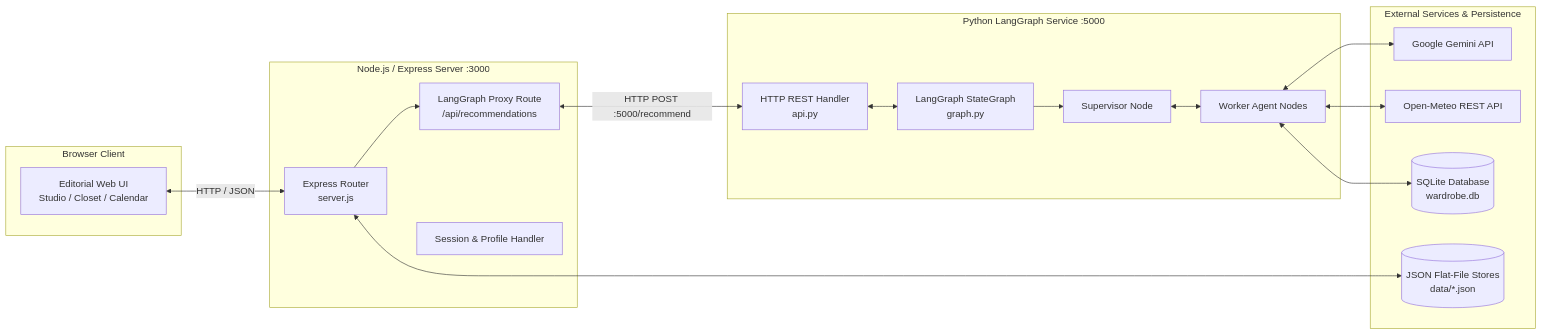
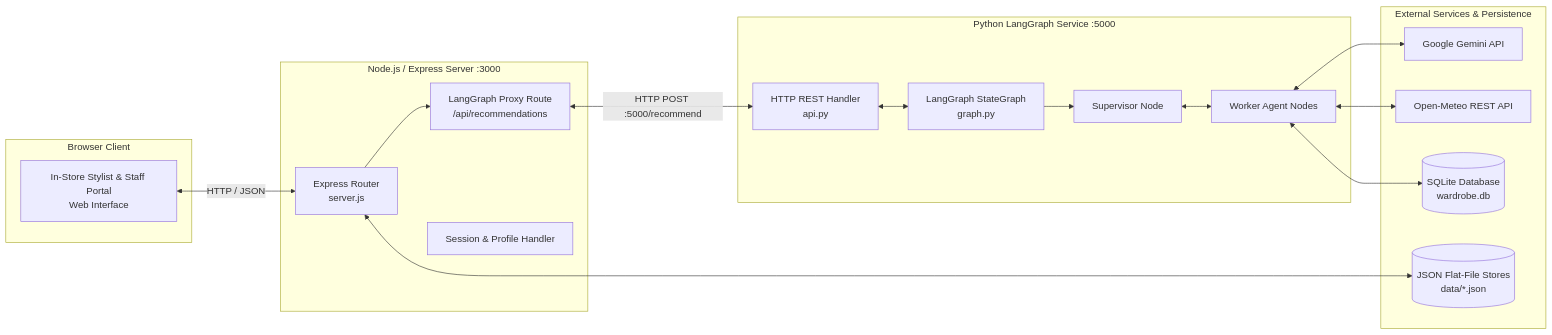
Before and after one commit to Aashi0105/Moda: the second of 2 diagrams in README.md, drawn with Mermaid. The commit also changed other lines of this file and 2 other files, not shown here.

Commit message:
Add staff user guide and rollout plan; update README to match shop features

````diff
--- a/README.md
+++ b/README.md
@@ -72,37 +71,37 @@
 ```mermaid
 flowchart LR
     subgraph Client [Browser Client]
-        UI[Editorial Web UI<br/>Studio / Closet / Calendar]
+        UI[In-Store Stylist & Staff Portal<br/>Web Interface]
     end
 
     subgraph NodeServer [Node.js / Express Server :3000]
         Router[Express Router<br/>server.js]
         Proxy[LangGraph Proxy Route<br/>/api/recommendations]
         Auth[Session & Profile Handler]
     end
 
     subgraph PythonServer [Python LangGraph Service :5000]
         API[HTTP REST Handler<br/>api.py]
         Graph[LangGraph StateGraph<br/>graph.py]
         SupervisorNode[Supervisor Node]
         WorkerNodes[Worker Agent Nodes]
     end
 
     subgraph External [External Services & Persistence]
         Gemini[Google Gemini API]
         WeatherAPI[Open-Meteo REST API]
         SQLite[(SQLite Database<br/>wardrobe.db)]
         DataStore[(JSON Flat-File Stores<br/>data/*.json)]
     end
 
     UI <-->|HTTP / JSON| Router
     Router --> Proxy
     Proxy <-->|HTTP POST :5000/recommend| API
     API <--> Graph
     Graph --> SupervisorNode
     SupervisorNode <--> WorkerNodes
     WorkerNodes <--> WeatherAPI
     WorkerNodes <--> SQLite
     WorkerNodes <--> Gemini
     Router <--> DataStore
 ```
````
